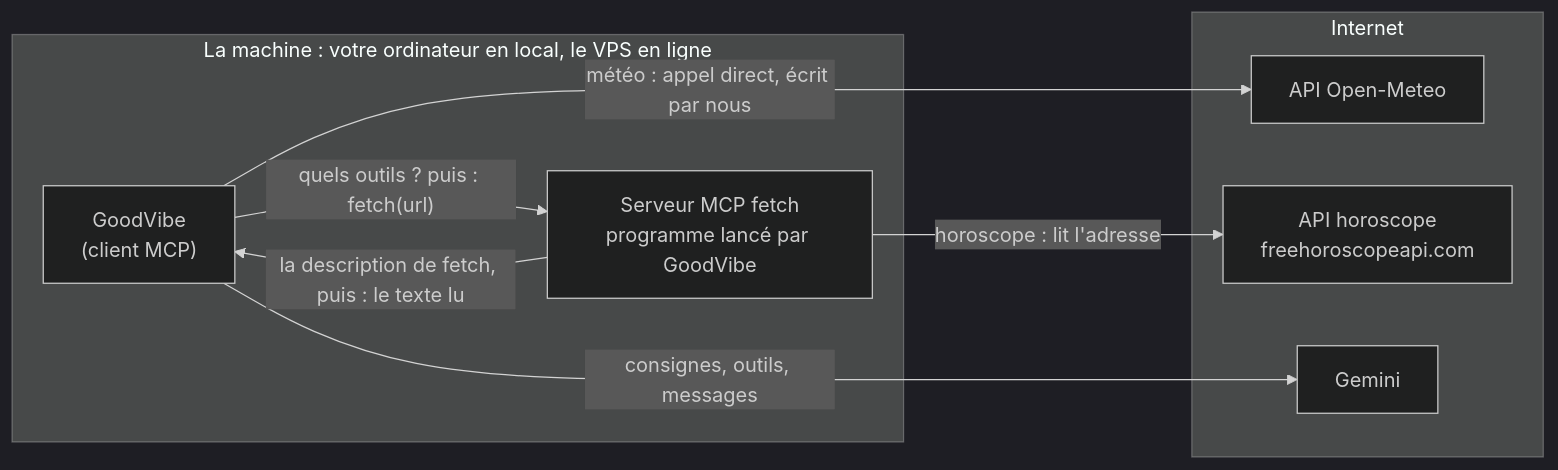
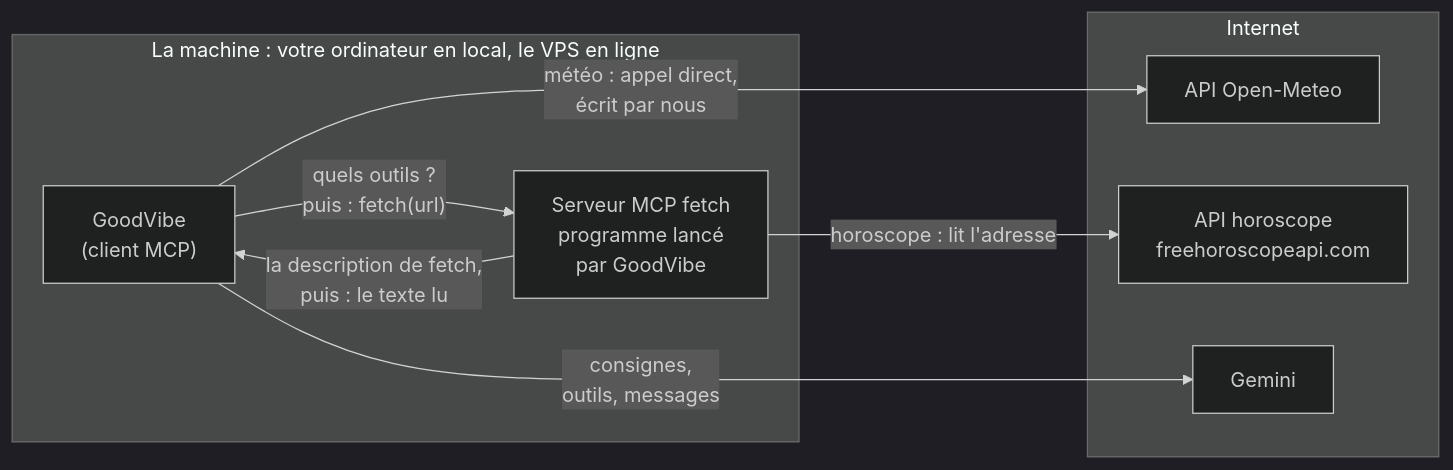
The fourth of 42 diagrams in tuto-goodvibe-vibecoding.md (lecinquiemejour-code/goodvibe-tuto), drawn with Mermaid (dark theme) before and after one commit. The commit also changed other lines of this file and 1 other file, not shown here.

First line of the commit message:
fix(tuto, readme): lignes des boîtes redécoupées dans tous les diagrammes, pour ne plus être coupées sur GitHub

````diff
--- a/tuto-goodvibe-vibecoding.md
+++ b/tuto-goodvibe-vibecoding.md
@@ -368,17 +368,17 @@
 ```mermaid
 flowchart LR
     subgraph M["La machine : votre ordinateur en local, le VPS en ligne"]
         C["GoodVibe<br/>(client MCP)"]
-        S["Serveur MCP fetch<br/>programme lancé par GoodVibe"]
-        C -- "quels outils ? puis : fetch(url)" --> S
-        S -- "la description de fetch, puis : le texte lu" --> C
+        S["Serveur MCP fetch<br/>programme lancé<br/>par GoodVibe"]
+        C -- "quels outils ?<br/>puis : fetch(url)" --> S
+        S -- "la description de fetch,<br/>puis : le texte lu" --> C
     end
     subgraph I["Internet"]
         OM["API Open-Meteo"]
         API["API horoscope<br/>freehoroscopeapi.com"]
         G["Gemini"]
     end
-    C -- "météo : appel direct, écrit par nous" --> OM
+    C -- "météo : appel direct,<br/>écrit par nous" --> OM
     S -- "horoscope : lit l'adresse" --> API
-    C -- "consignes, outils, messages" --> G
+    C -- "consignes,<br/>outils, messages" --> G
 ```
````
